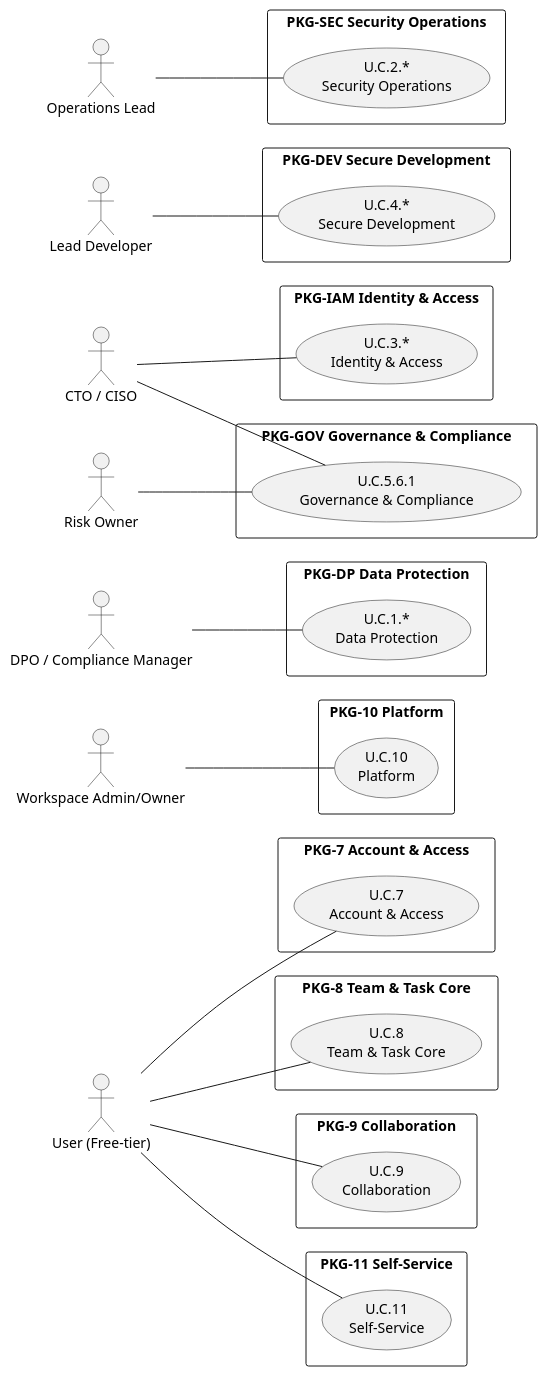
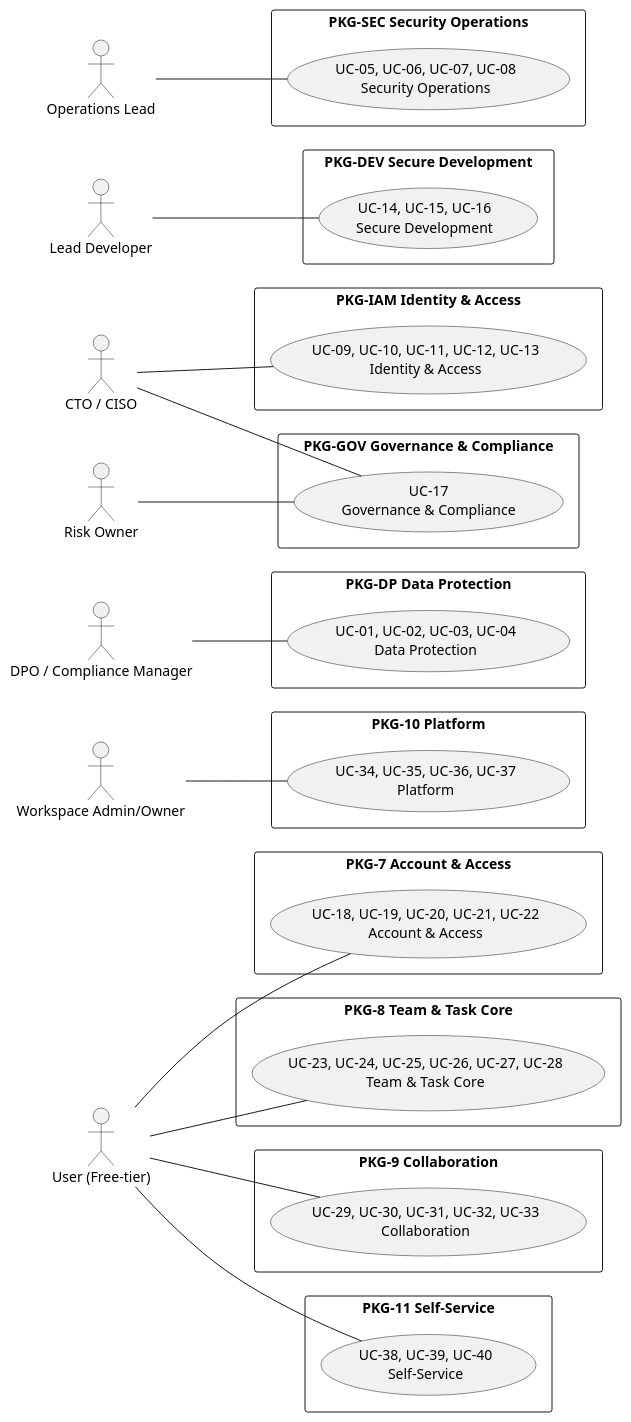
One commit to pauloribeiro16/Methodology_compact changed the first of 11 diagrams in 02_CASES/Case_01_TinyTask_SaaS/03_PHASE3_DECOMPOSITION_RICH/annexes/A_Use_Case_Diagrams.md. Above: the diagram before and after it, drawn with PlantUML. The commit also changed other lines of this file and 34 other files, not shown here.

Commit message:
[EXECUTOR] F2 RENUMBER Case_01: U.C.x.y.z flattened → UC-01..40 (compliance 01..17 + product 18..40), two-phase, 20 files, xlsx+builder regenerated, 11 SVGs re-rendered; gates PASS (verify_rich 0, audit 100%, mermaid 192/192, smoke 16/16)

````diff
--- a/02_CASES/Case_01_TinyTask_SaaS/03_PHASE3_DECOMPOSITION_RICH/annexes/A_Use_Case_Diagrams.md
+++ b/02_CASES/Case_01_TinyTask_SaaS/03_PHASE3_DECOMPOSITION_RICH/annexes/A_Use_Case_Diagrams.md
@@ -41,53 +43,53 @@
 ```plantuml
 @startuml
 left to right direction
 actor "User (Free-tier)" as USER
 actor "Workspace Admin/Owner" as ADM
 actor "DPO / Compliance Manager" as DPO
 actor "CTO / CISO" as CTO
 actor "Lead Developer" as DEV
 actor "Operations Lead" as OPS
 actor "Risk Owner" as RO
 rectangle "PKG-7 Account & Access" {
-usecase "U.C.7\nAccount & Access" as P7
+usecase "UC-18, UC-19, UC-20, UC-21, UC-22\nAccount & Access" as P7
 }
 rectangle "PKG-8 Team & Task Core" {
-usecase "U.C.8\nTeam & Task Core" as P8
+usecase "UC-23, UC-24, UC-25, UC-26, UC-27, UC-28\nTeam & Task Core" as P8
 }
 rectangle "PKG-9 Collaboration" {
-usecase "U.C.9\nCollaboration" as P9
+usecase "UC-29, UC-30, UC-31, UC-32, UC-33\nCollaboration" as P9
 }
 rectangle "PKG-10 Platform" {
-usecase "U.C.10\nPlatform" as P10
+usecase "UC-34, UC-35, UC-36, UC-37\nPlatform" as P10
 }
 rectangle "PKG-11 Self-Service" {
-usecase "U.C.11\nSelf-Service" as P11
+usecase "UC-38, UC-39, UC-40\nSelf-Service" as P11
 }
 rectangle "PKG-DP Data Protection" {
-usecase "U.C.1.*\nData Protection" as PDP
+usecase "UC-01, UC-02, UC-03, UC-04\nData Protection" as PDP
 }
 rectangle "PKG-SEC Security Operations" {
-usecase "U.C.2.*\nSecurity Operations" as PSEC
+usecase "UC-05, UC-06, UC-07, UC-08\nSecurity Operations" as PSEC
 }
 rectangle "PKG-IAM Identity & Access" {
-usecase "U.C.3.*\nIdentity & Access" as PIAM
+usecase "UC-09, UC-10, UC-11, UC-12, UC-13\nIdentity & Access" as PIAM
 }
 rectangle "PKG-DEV Secure Development" {
-usecase "U.C.4.*\nSecure Development" as PDEV
+usecase "UC-14, UC-15, UC-16\nSecure Development" as PDEV
 }
 rectangle "PKG-GOV Governance & Compliance" {
-usecase "U.C.5.6.1\nGovernance & Compliance" as PGOV
+usecase "UC-17\nGovernance & Compliance" as PGOV
 }
 USER -- P7
 USER -- P8
 USER -- P9
 USER -- P11
 ADM -- P10
 DPO -- PDP
 CTO -- PIAM
 CTO -- PGOV
 DEV -- PDEV
 OPS -- PSEC
 RO -- PGOV
 @enduml
 ```
````
